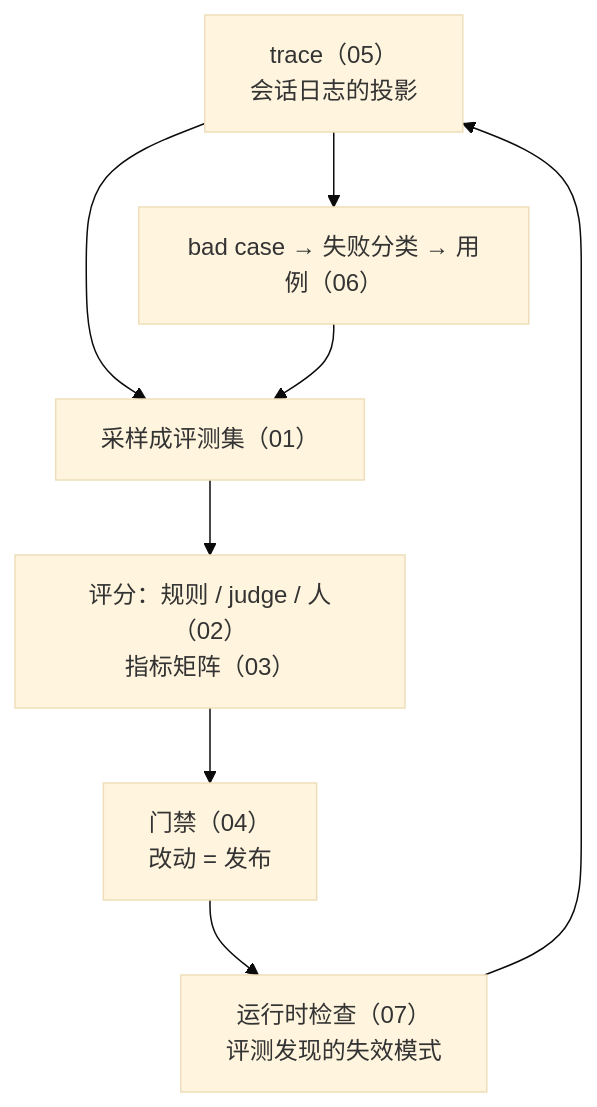
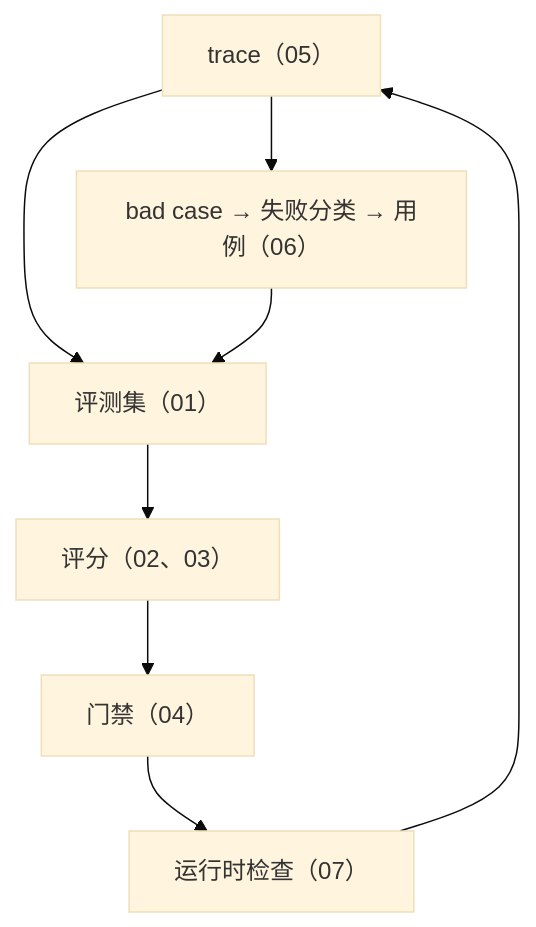
Before and after one commit to arganzheng/arganzheng.github.com: the ninth of 9 diagrams in slides/2026-11-06-evals-and-observability.md, drawn with Mermaid (base theme). The commit also changed other lines of this file, not shown here.

Commit message:
slides/evals-and-observability: cut/shorten mermaid diagrams below 14px rendered text (check-render smalltext/overlap)

````diff
--- a/slides/2026-11-06-evals-and-observability.md
+++ b/slides/2026-11-06-evals-and-observability.md
@@ -304,7 +300,7 @@
 ```mermaid
 %%{init: {"flowchart": {"wrappingWidth": 200}}}%%
 flowchart TB
-    T["trace（05）<br/>会话日志的投影"] --> S["采样成评测集（01）"] --> J["评分：规则 / judge / 人（02）<br/>指标矩阵（03）"] --> G["门禁（04）<br/>改动 = 发布"]
+    T["trace（05）"] --> S["评测集（01）"] --> J["评分（02、03）"] --> G["门禁（04）"]
     T --> B["bad case → 失败分类 → 用例（06）"] --> S
-    G --> R["运行时检查（07）<br/>评测发现的失效模式"] --> T
+    G --> R["运行时检查（07）"] --> T
 ```
````
